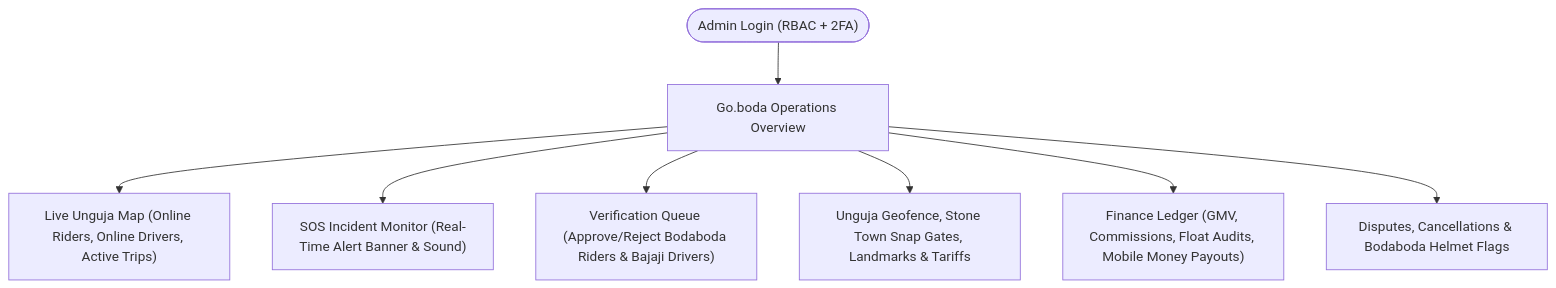
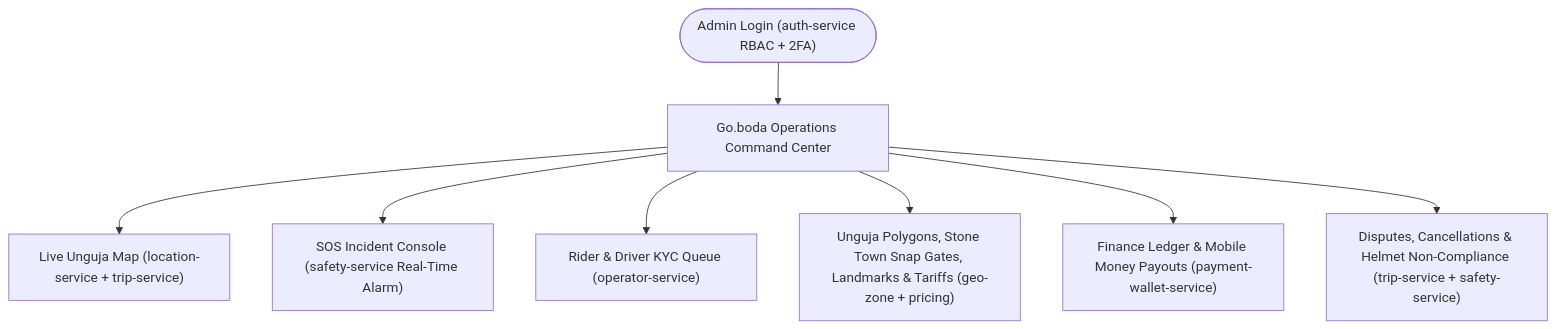
One commit to infaan-hub/go.boda changed the sixth of 7 diagrams in app-flow.md. Above: the diagram before and after it, drawn with Mermaid. The commit also changed other lines of this file and 3 other files, not shown here.

Commit message:
docs: migrate Go.boda specs to 10-service microservice architecture

````diff
--- a/app-flow.md
+++ b/app-flow.md
@@ -273,11 +288,11 @@
 ```mermaid
 flowchart TD
-    ALogin(["Admin Login (RBAC + 2FA)"]) --> AHome["Go.boda Operations Overview"]
+    ALogin(["Admin Login (auth-service RBAC + 2FA)"]) --> AHome["Go.boda Operations Command Center"]
 
-    AHome --> LiveMap["Live Unguja Map (Online Riders, Online Drivers, Active Trips)"]
-    AHome --> SOSDesk["SOS Incident Monitor (Real-Time Alert Banner & Sound)"]
-    AHome --> KYCQueue["Verification Queue (Approve/Reject Bodaboda Riders & Bajaji Drivers)"]
-    AHome --> ZoneConfig["Unguja Geofence, Stone Town Snap Gates, Landmarks & Tariffs"]
-    AHome --> Finance["Finance Ledger (GMV, Commissions, Float Audits, Mobile Money Payouts)"]
-    AHome --> Support["Disputes, Cancellations & Bodaboda Helmet Flags"]
+    AHome --> LiveMap["Live Unguja Map (location-service + trip-service)"]
+    AHome --> SOSDesk["SOS Incident Console (safety-service Real-Time Alarm)"]
+    AHome --> KYCQueue["Rider & Driver KYC Queue (operator-service)"]
+    AHome --> ZoneConfig["Unguja Polygons, Stone Town Snap Gates, Landmarks & Tariffs (geo-zone + pricing)"]
+    AHome --> Finance["Finance Ledger & Mobile Money Payouts (payment-wallet-service)"]
+    AHome --> Support["Disputes, Cancellations & Helmet Non-Compliance (trip-service + safety-service)"]
 ```
````
